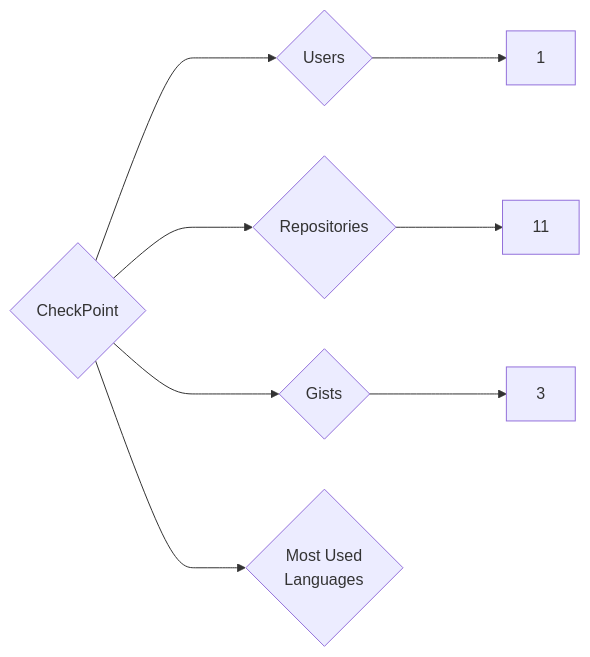
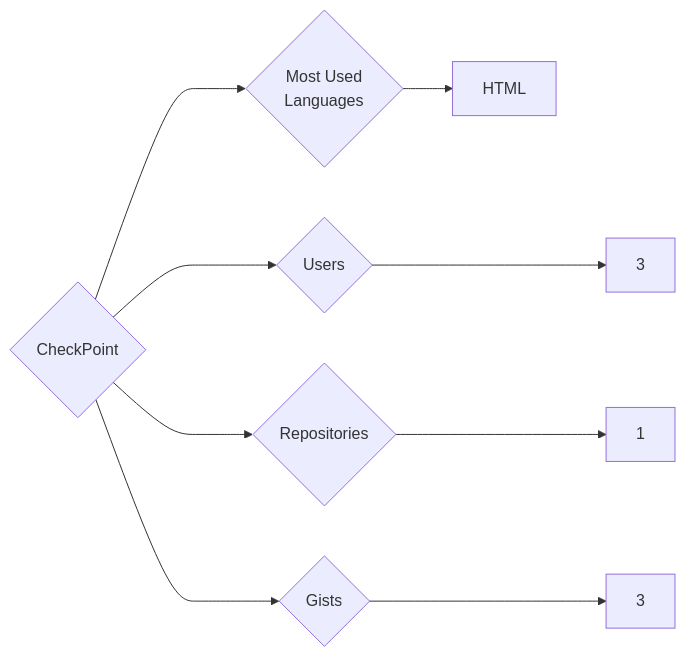
Before and after one commit to trickest/insiders: the diagram in targets/CheckPoint/README.md, drawn with Mermaid. The commit also changed 773 other files, not shown here.

````diff
--- a/targets/CheckPoint/README.md
+++ b/targets/CheckPoint/README.md
@@ -3,8 +3,9 @@
 ```mermaid
 graph LR
 COMPANY_NAME{CheckPoint}
-COMPANY_NAME ---> U{Users} ---> UN[1]
-COMPANY_NAME ---> R{Repositories} ---> RN[11]
+COMPANY_NAME ---> U{Users} ---> UN[3]
+COMPANY_NAME ---> R{Repositories} ---> RN[1]
 COMPANY_NAME ---> G{Gists} ---> GN[3]
 COMPANY_NAME ---> ML{Most Used<br>Languages}
+ML --> HTML[HTML]
 ```
````
